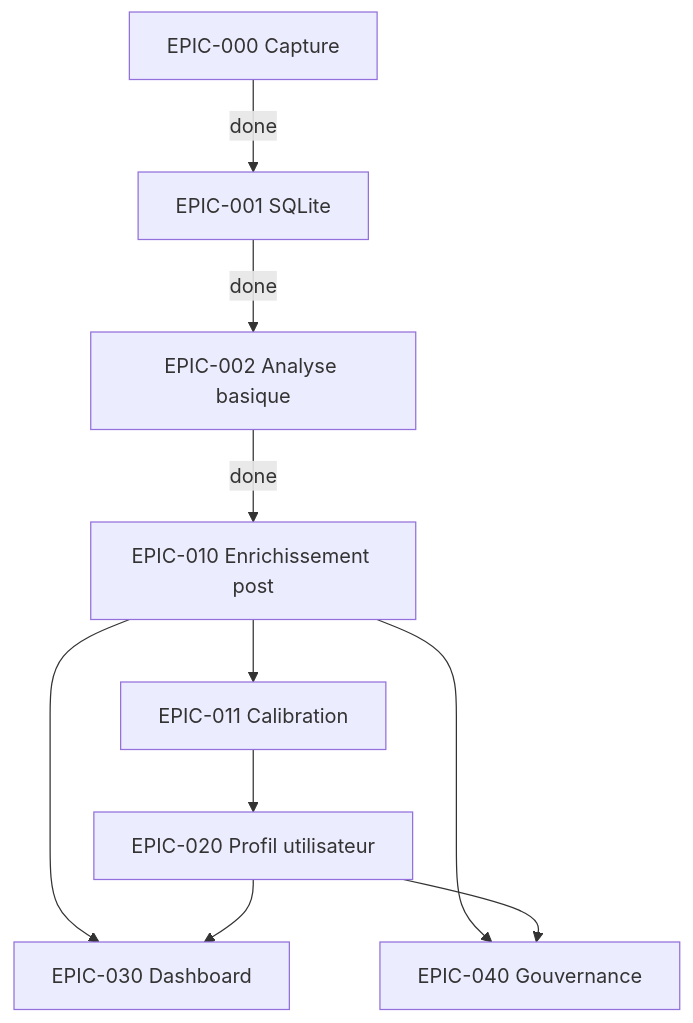
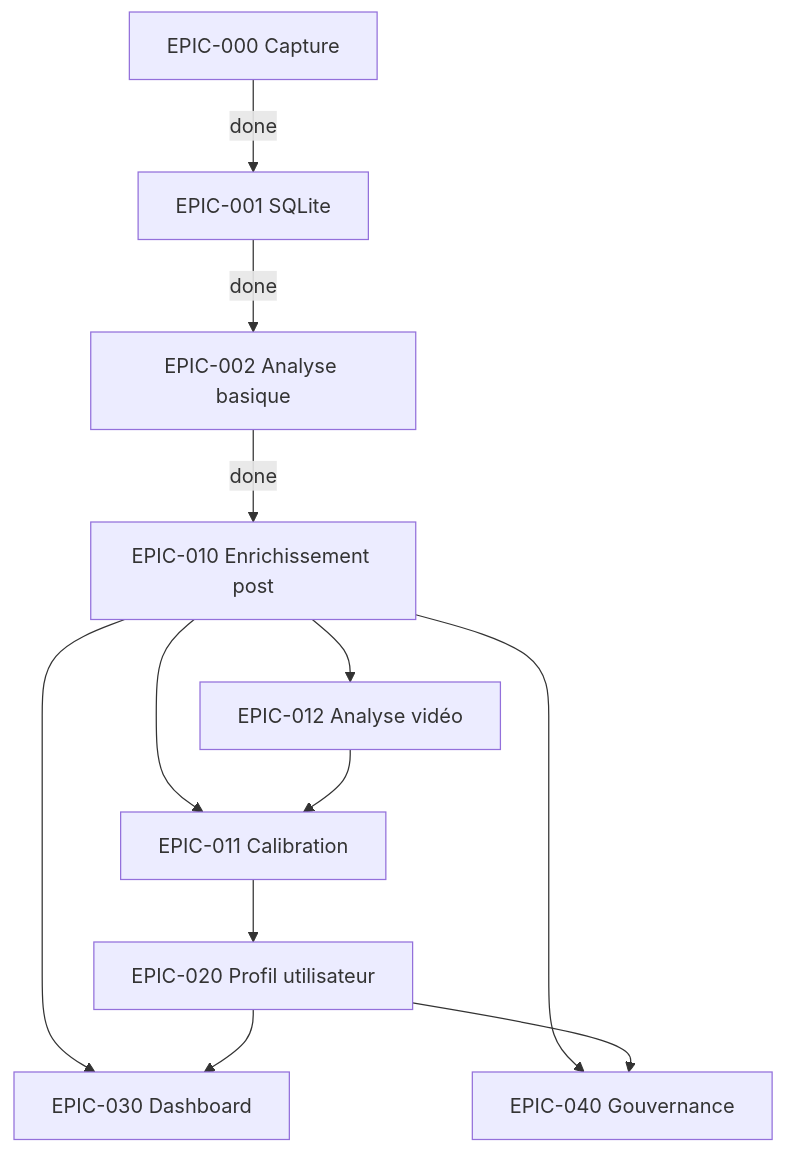
The second of 2 diagrams in docs/ROADMAP.epic.md (ChariereFiedler/scrollout), drawn with Mermaid before and after one commit. The commit also changed other lines of this file and 17 other files, not shown here.

````diff
--- a/docs/ROADMAP.epic.md
+++ b/docs/ROADMAP.epic.md
@@ -215,12 +384,14 @@
 ```mermaid
 graph TD
     E000[EPIC-000 Capture] -->|done| E001[EPIC-001 SQLite]
     E001 -->|done| E002[EPIC-002 Analyse basique]
     E002 -->|done| E010[EPIC-010 Enrichissement post]
     E010 --> E011[EPIC-011 Calibration]
+    E010 --> E012[EPIC-012 Analyse vidéo]
+    E012 --> E011
     E011 --> E020[EPIC-020 Profil utilisateur]
     E010 --> E030[EPIC-030 Dashboard]
     E020 --> E030
     E010 --> E040[EPIC-040 Gouvernance]
     E020 --> E040
 ```
````
